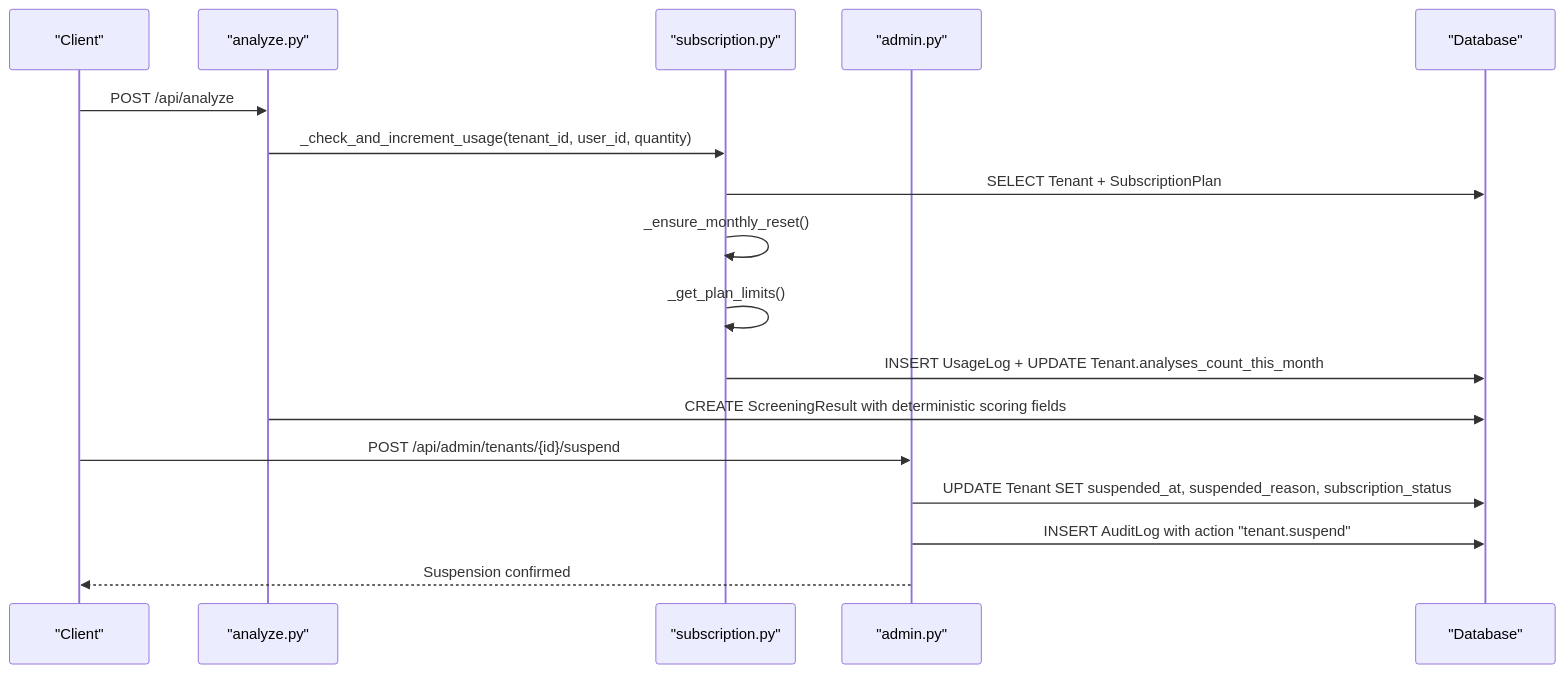
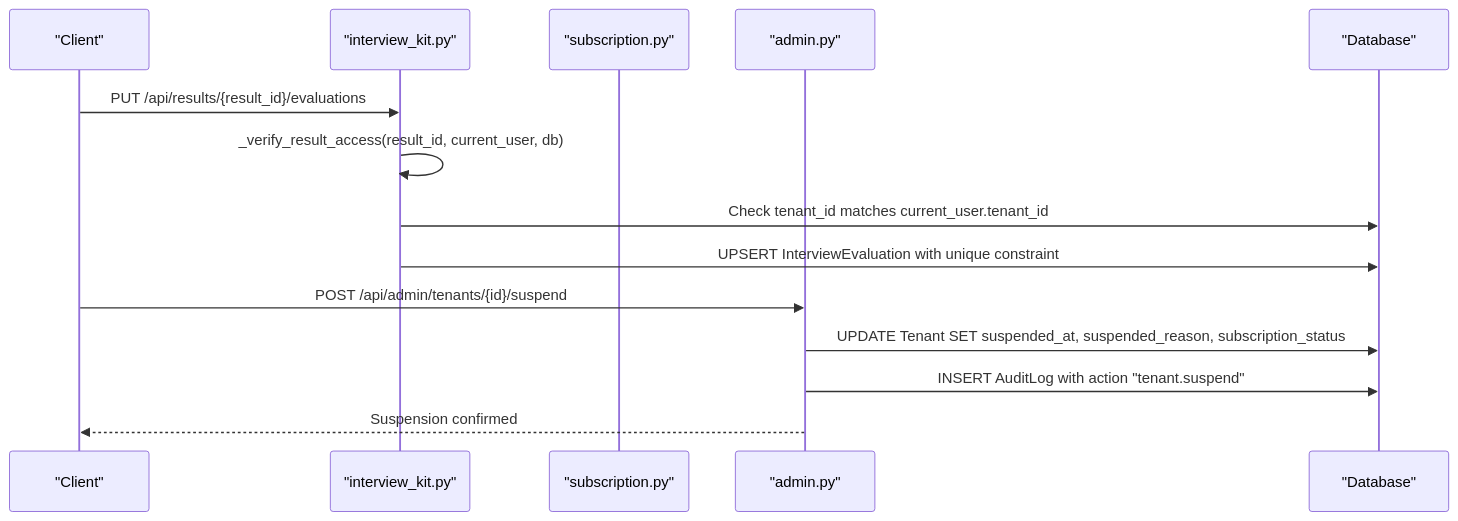
Before and after one commit to Revanththetalogics/aireume: the third of 13 diagrams in .qoder/repowiki/en/content/Database Design/Database Design.md, drawn with Mermaid. The commit also changed other lines of this file and 41 other files, not shown here.

````diff
--- a/.qoder/repowiki/en/content/Database Design/Database Design.md
+++ b/.qoder/repowiki/en/content/Database Design/Database Design.md
@@ -298,19 +331,16 @@
 ```mermaid
 sequenceDiagram
 participant Client as "Client"
-participant Route as "analyze.py"
+participant Route as "interview_kit.py"
 participant Sub as "subscription.py"
 participant Admin as "admin.py"
 participant DB as "Database"
-Client->>Route : POST /api/analyze
-Route->>Sub : _check_and_increment_usage(tenant_id, user_id, quantity)
-Sub->>DB : SELECT Tenant + SubscriptionPlan
-Sub->>Sub : _ensure_monthly_reset()
-Sub->>Sub : _get_plan_limits()
-Sub->>DB : INSERT UsageLog + UPDATE Tenant.analyses_count_this_month
-Route->>DB : CREATE ScreeningResult with deterministic scoring fields
+Client->>Route : PUT /api/results/{result_id}/evaluations
+Route->>Route : _verify_result_access(result_id, current_user, db)
+Route->>DB : Check tenant_id matches current_user.tenant_id
+Route->>DB : UPSERT InterviewEvaluation with unique constraint
 Client->>Admin : POST /api/admin/tenants/{id}/suspend
 Admin->>DB : UPDATE Tenant SET suspended_at, suspended_reason, subscription_status
 Admin->>DB : INSERT AuditLog with action "tenant.suspend"
 Admin-->>Client : Suspension confirmed
 ```
````
